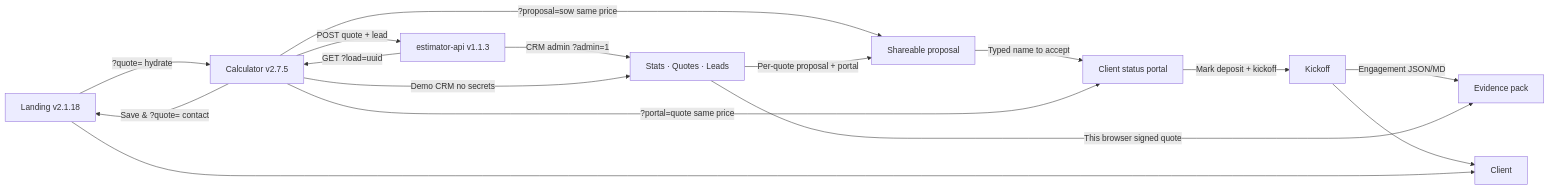
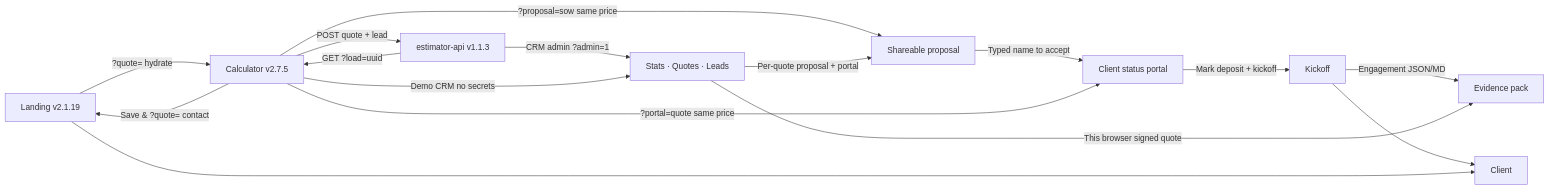
The diagram in README.md (pixellayer7-jpg/pixellayer7-jpg), drawn with Mermaid before and after one commit. The commit also changed other lines of this file and 4 other files, not shown here.

````diff
--- a/README.md
+++ b/README.md
@@ -21,18 +21,18 @@
 ```mermaid
 flowchart LR
-  A[Landing v2.1.18] -->|?quote= hydrate| B[Calculator v2.7.5]
+  A[Landing v2.1.19] -->|?quote= hydrate| B[Calculator v2.7.5]
   B -->|Save & ?quote= contact| A
   B -->|?proposal=sow same price| R[Shareable proposal]
   R -->|Typed name to accept| P[Client status portal]
   P -->|Mark deposit + kickoff| K[Kickoff]
   K -->|Engagement JSON/MD| X[Evidence pack]
   B -->|?portal=quote same price| P
   B -->|POST quote + lead| D[estimator-api v1.1.3]
   D -->|CRM admin ?admin=1| E[Stats · Quotes · Leads]
   B -->|Demo CRM no secrets| E
   E -->|This browser signed quote| X
   E -->|Per-quote proposal + portal| R
   K --> F[Client]
   D -->|GET ?load=uuid| B
   A --> F[Client]
 ```
````
